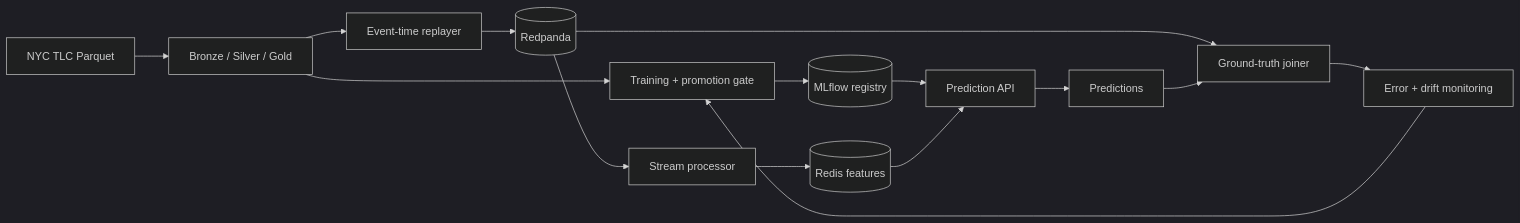
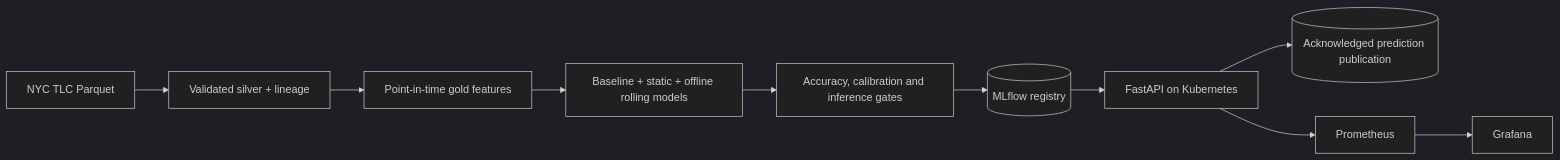
Before and after one commit to FlashPD/realtime-ml-platform: the diagram in README.md, drawn with Mermaid (dark theme). The commit also changed other lines of this file and 10 other files, not shown here.

````diff
--- a/README.md
+++ b/README.md
@@ -42,17 +30,12 @@
 ```mermaid
 flowchart LR
-    TLC[NYC TLC Parquet] --> B[Bronze / Silver / Gold]
-    B --> TRAIN[Training + promotion gate]
-    TRAIN --> REG[(MLflow registry)]
-    REG --> API[Prediction API]
-    B --> REPLAY[Event-time replayer]
-    REPLAY --> BROKER[(Redpanda)]
-    BROKER --> STREAM[Stream processor]
-    STREAM --> REDIS[(Redis features)]
-    REDIS --> API
-    API --> PRED[Predictions]
-    BROKER --> JOIN[Ground-truth joiner]
-    PRED --> JOIN
-    JOIN --> MONITOR[Error + drift monitoring]
-    MONITOR --> TRAIN
+    TLC[NYC TLC Parquet] --> SILVER[Validated silver + lineage]
+    SILVER --> GOLD[Point-in-time gold features]
+    GOLD --> EVAL[Baseline + static + offline rolling models]
+    EVAL --> GATE[Accuracy, calibration and inference gates]
+    GATE --> REG[(MLflow registry)]
+    REG --> API[FastAPI on Kubernetes]
+    API --> BROKER[(Acknowledged prediction publication)]
+    API --> PROM[Prometheus]
+    PROM --> GRAF[Grafana]
 ```
````
